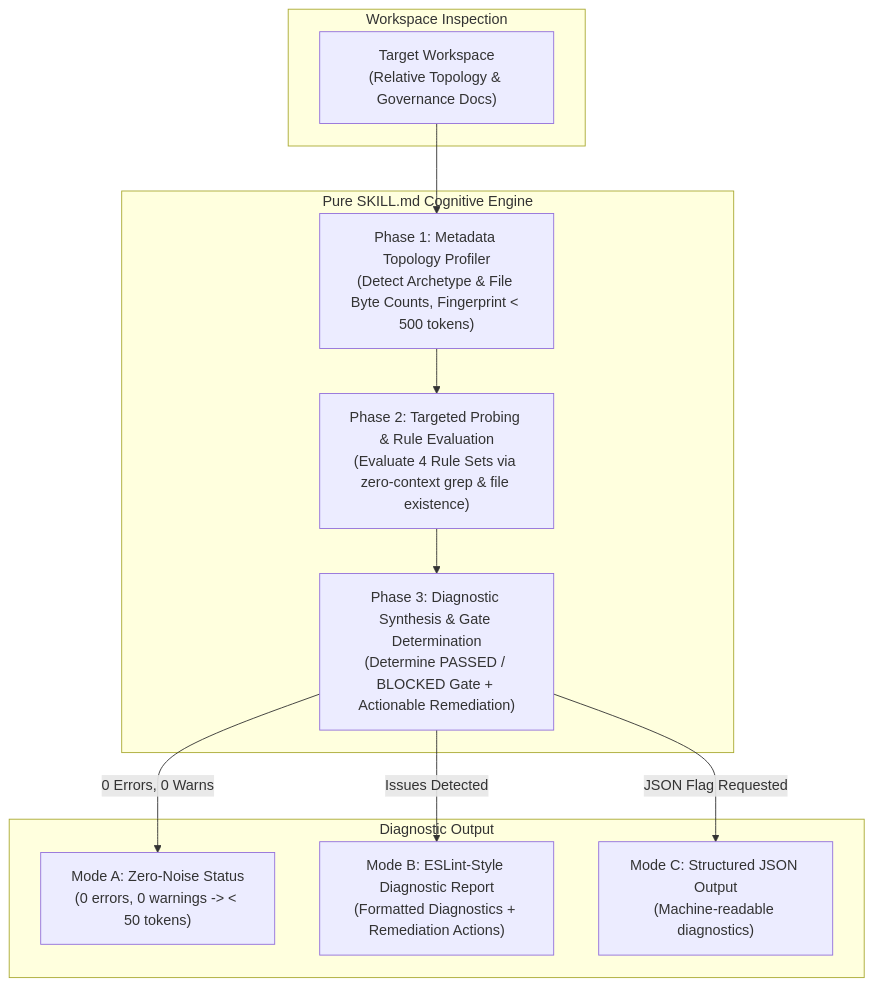
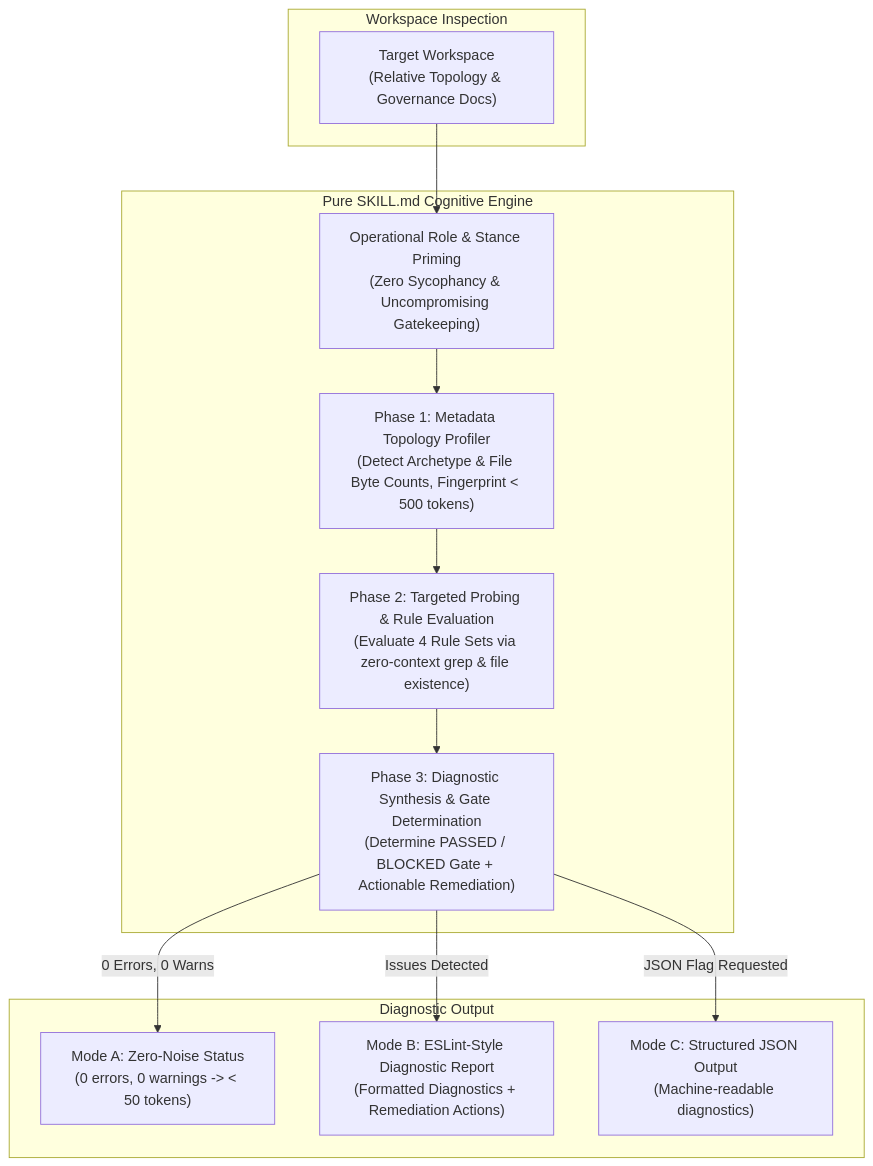
Before and after one commit to josudoey/skills: the first of 3 diagrams in docs/reference/workflow-governance.md, drawn with Mermaid. The commit also changed other lines of this file and 2 other files, not shown here.

Commit message:
feat(workflow): embed operational role and diagnostic stance in audit-workflow-fitness

````diff
--- a/docs/reference/workflow-governance.md
+++ b/docs/reference/workflow-governance.md
@@ -104,25 +109,27 @@
 ```mermaid
 flowchart TD
     subgraph Input["Workspace Inspection"]
         Target["Target Workspace\n(Relative Topology & Governance Docs)"]
     end
 
     subgraph AgentEngine["Pure SKILL.md Cognitive Engine"]
+        Stance["Operational Role & Stance Priming\n(Zero Sycophancy & Uncompromising Gatekeeping)"]
         Phase1["Phase 1: Metadata Topology Profiler\n(Detect Archetype & File Byte Counts, Fingerprint < 500 tokens)"]
         Phase2["Phase 2: Targeted Probing & Rule Evaluation\n(Evaluate 4 Rule Sets via zero-context grep & file existence)"]
         Phase3["Phase 3: Diagnostic Synthesis & Gate Determination\n(Determine PASSED / BLOCKED Gate + Actionable Remediation)"]
     end
 
     subgraph Output["Diagnostic Output"]
         Clean["Mode A: Zero-Noise Status\n(0 errors, 0 warnings -> < 50 tokens)"]
         Report["Mode B: ESLint-Style Diagnostic Report\n(Formatted Diagnostics + Remediation Actions)"]
         JSONOutput["Mode C: Structured JSON Output\n(Machine-readable diagnostics)"]
     end
 
-    Target --> Phase1
+    Target --> Stance
+    Stance --> Phase1
     Phase1 --> Phase2
     Phase2 --> Phase3
     Phase3 -->|0 Errors, 0 Warns| Clean
     Phase3 -->|Issues Detected| Report
     Phase3 -->|JSON Flag Requested| JSONOutput
 ```
````
